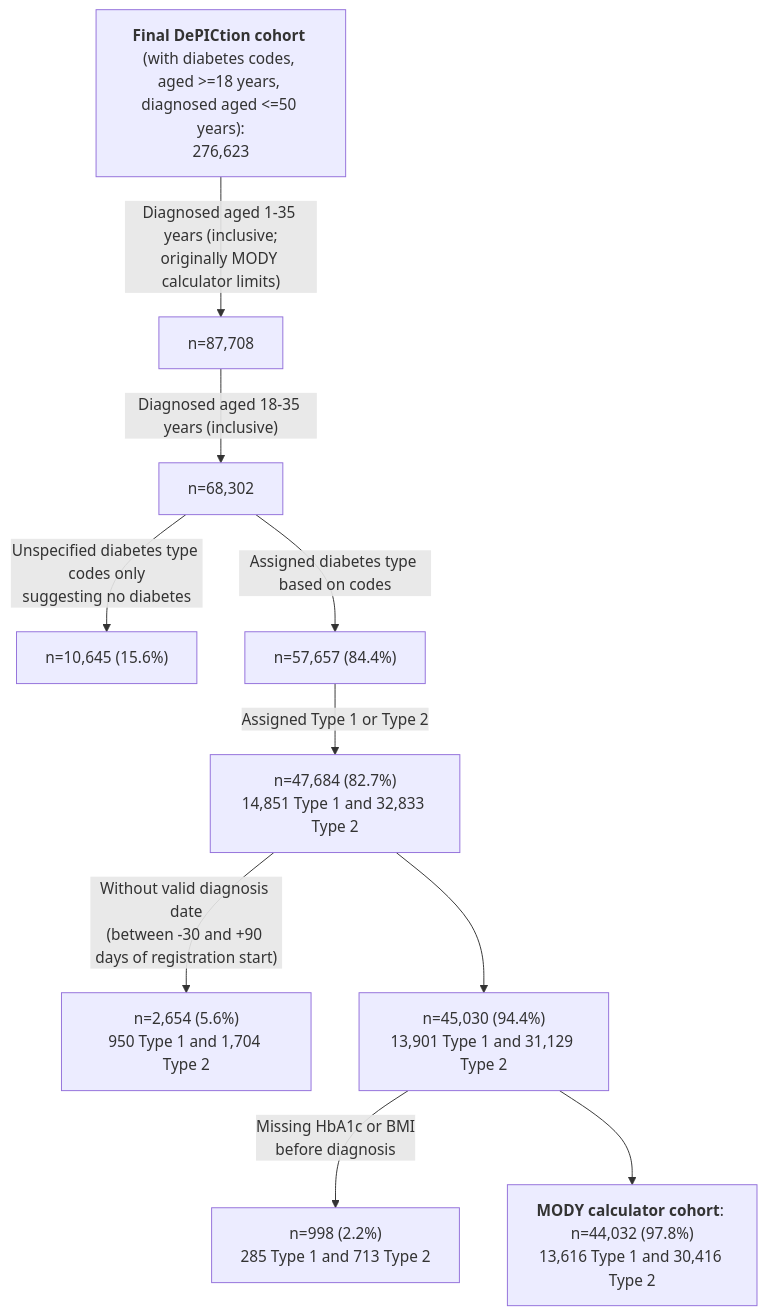
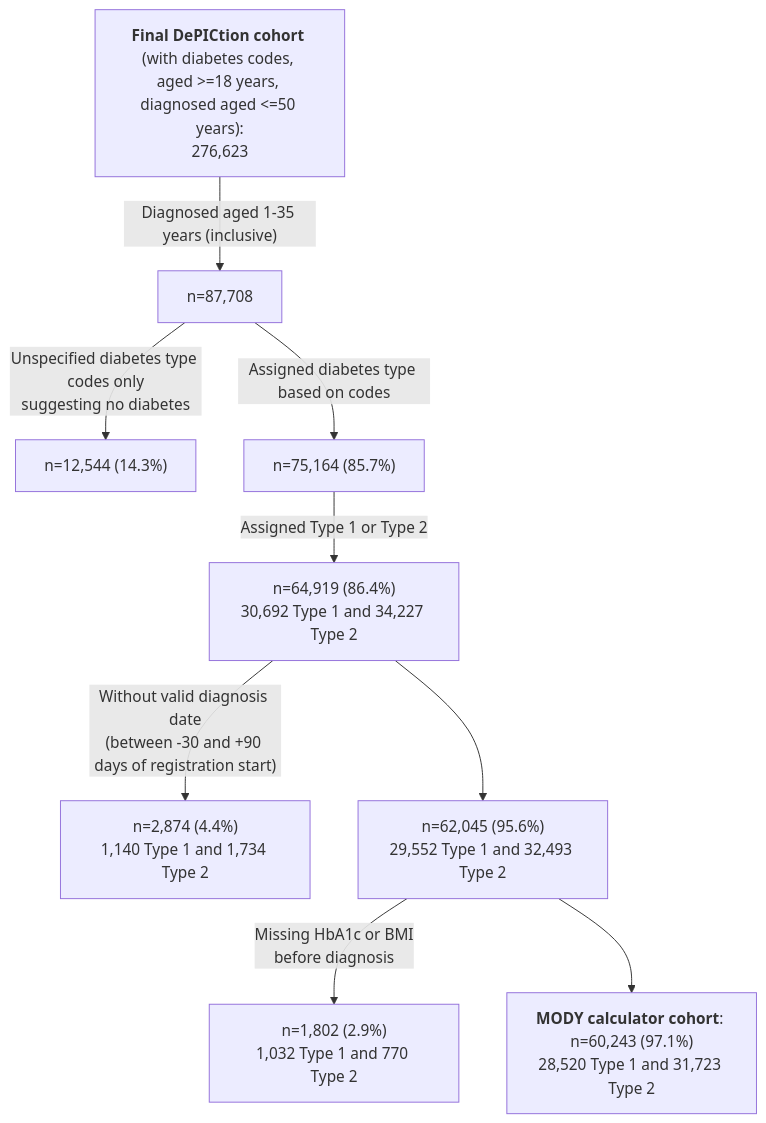
The third of 4 diagrams in README.md (Exeter-Diabetes/CPRD-Katie-DePICtion-Scripts), drawn with Mermaid before and after one commit.

````diff
--- a/README.md
+++ b/README.md
@@ -89,12 +89,11 @@
 ```mermaid
 graph TD;
-    A["<b>Final DePICtion cohort</b> (with diabetes codes, <br>aged >=18 years, diagnosed aged <=50 years):<br>276,623"] --> |"Diagnosed aged 1-35 years (inclusive;<br>originally MODY calculator limits)"| J["n=87,708"]
-    J --> |"Diagnosed aged 18-35 years (inclusive)"| B["n=68,302"]
-    B --> |"Unspecified diabetes type codes only<br>suggesting no diabetes"| C["n=10,645 (15.6%)"]
-    B --> |"Assigned diabetes type based on codes"| D["n=57,657 (84.4%)"]
-    D --> |"Assigned Type 1 or Type 2"| E["n=47,684 (82.7%)<br>14,851 Type 1 and 32,833 Type 2"]
-    E --> |"Without valid diagnosis date<br>(between -30 and +90 days of registration start)"| F["n=2,654 (5.6%)<br>950 Type 1 and 1,704 Type 2"]
-    E --> G["n=45,030 (94.4%)<br>13,901 Type 1 and 31,129 Type 2"]
-    G --> |"Missing HbA1c or BMI<br>before diagnosis"|H["n=998 (2.2%)<br>285 Type 1 and 713 Type 2"]
-    G --> I["<b>MODY calculator cohort</b>: n=44,032 (97.8%)<br>13,616 Type 1 and 30,416 Type 2"]
+    A["<b>Final DePICtion cohort</b> (with diabetes codes, <br>aged >=18 years, diagnosed aged <=50 years):<br>276,623"] --> |"Diagnosed aged 1-35 years (inclusive)"| B["n=87,708"]
+    B --> |"Unspecified diabetes type codes only<br>suggesting no diabetes"| C["n=12,544 (14.3%)"]
+    B --> |"Assigned diabetes type based on codes"| D["n=75,164 (85.7%)"]
+    D --> |"Assigned Type 1 or Type 2"| E["n=64,919 (86.4%)<br>30,692 Type 1 and 34,227 Type 2"]
+    E --> |"Without valid diagnosis date<br>(between -30 and +90 days of registration start)"| F["n=2,874 (4.4%)<br>1,140 Type 1 and 1,734 Type 2"]
+    E --> G["n=62,045 (95.6%)<br>29,552 Type 1 and 32,493 Type 2"]
+    G --> |"Missing HbA1c or BMI<br>before diagnosis"|H["n=1,802 (2.9%)<br>1,032 Type 1 and 770 Type 2"]
+    G --> I["<b>MODY calculator cohort</b>: n=60,243 (97.1%)<br>28,520 Type 1 and 31,723 Type 2"]
 ```
````
